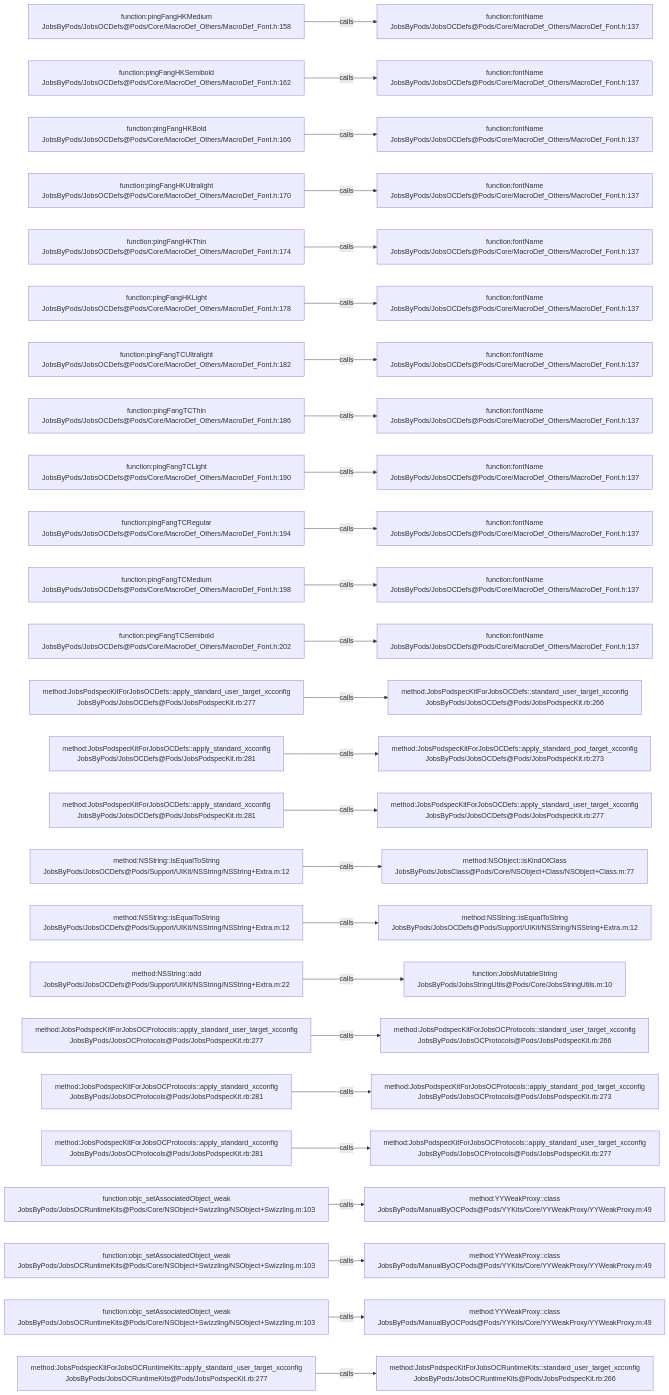
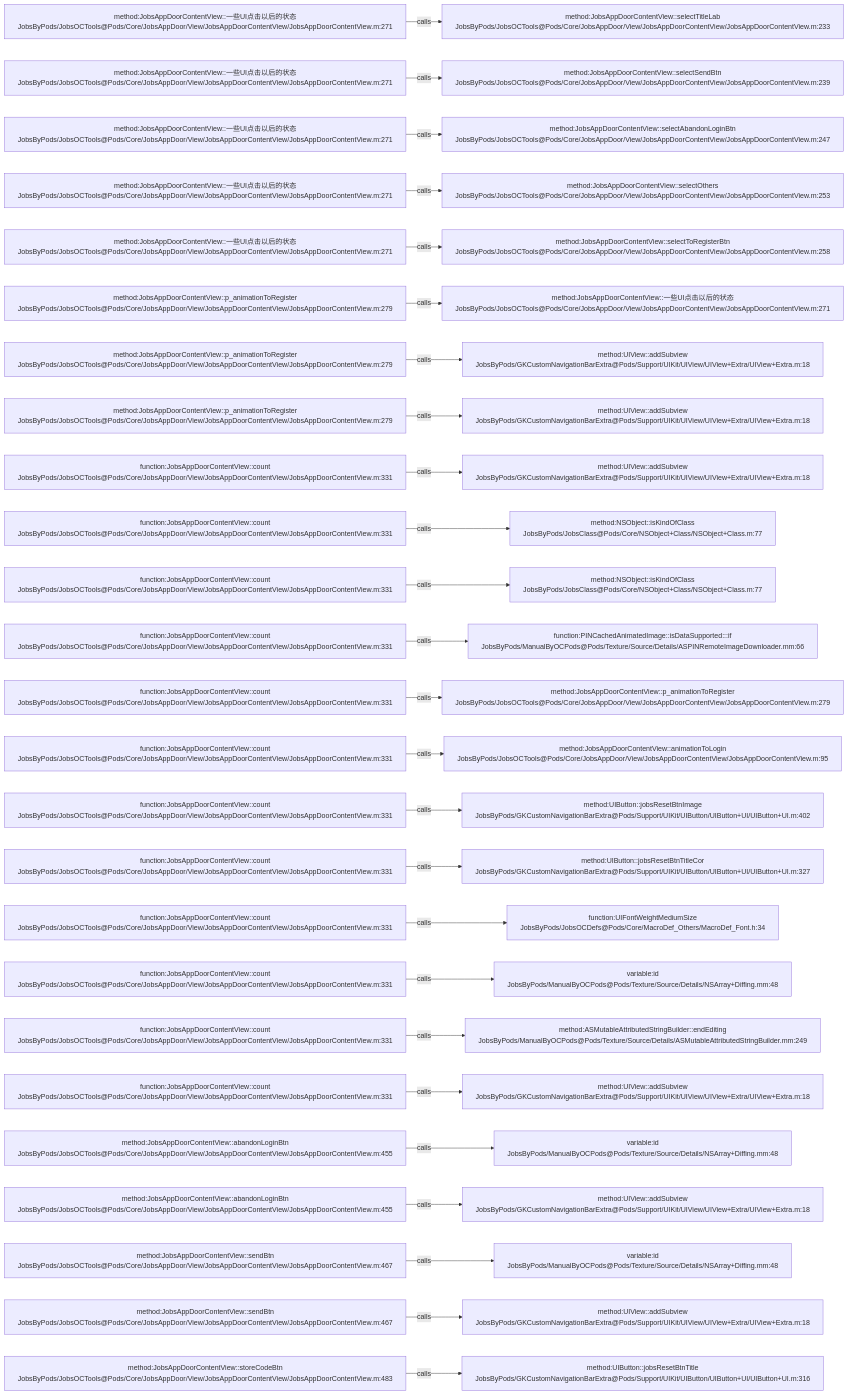
One commit to JobsKits/JobsOCBaseConfigDemo changed the diagram in .codegraph/codegraph.md/graphs/calls-143.md. Above: the diagram before and after it, drawn with Mermaid. The commit also changed 639 other files, not shown here.

````diff
--- a/.codegraph/codegraph.md/graphs/calls-143.md
+++ b/.codegraph/codegraph.md/graphs/calls-143.md
@@ -13,78 +13,78 @@
 ```mermaid
 flowchart LR
-  S1["function:pingFangHKMedium<br/>JobsByPods/JobsOCDefs@Pods/Core/MacroDef_Others/MacroDef_Font.h:158"]
-  T1["function:fontName<br/>JobsByPods/JobsOCDefs@Pods/Core/MacroDef_Others/MacroDef_Font.h:137"]
+  S1["method:JobsAppDoorContentView::一些UI点击以后的状态<br/>JobsByPods/JobsOCTools@Pods/Core/JobsAppDoor/View/JobsAppDoorContentView/JobsAppDoorContentView.m:271"]
+  T1["method:JobsAppDoorContentView::selectTitleLab<br/>JobsByPods/JobsOCTools@Pods/Core/JobsAppDoor/View/JobsAppDoorContentView/JobsAppDoorContentView.m:233"]
   S1 -->|calls| T1
-  S2["function:pingFangHKSemibold<br/>JobsByPods/JobsOCDefs@Pods/Core/MacroDef_Others/MacroDef_Font.h:162"]
-  T2["function:fontName<br/>JobsByPods/JobsOCDefs@Pods/Core/MacroDef_Others/MacroDef_Font.h:137"]
+  S2["method:JobsAppDoorContentView::一些UI点击以后的状态<br/>JobsByPods/JobsOCTools@Pods/Core/JobsAppDoor/View/JobsAppDoorContentView/JobsAppDoorContentView.m:271"]
+  T2["method:JobsAppDoorContentView::selectSendBtn<br/>JobsByPods/JobsOCTools@Pods/Core/JobsAppDoor/View/JobsAppDoorContentView/JobsAppDoorContentView.m:239"]
   S2 -->|calls| T2
-  S3["function:pingFangHKBold<br/>JobsByPods/JobsOCDefs@Pods/Core/MacroDef_Others/MacroDef_Font.h:166"]
-  T3["function:fontName<br/>JobsByPods/JobsOCDefs@Pods/Core/MacroDef_Others/MacroDef_Font.h:137"]
+  S3["method:JobsAppDoorContentView::一些UI点击以后的状态<br/>JobsByPods/JobsOCTools@Pods/Core/JobsAppDoor/View/JobsAppDoorContentView/JobsAppDoorContentView.m:271"]
+  T3["method:JobsAppDoorContentView::selectAbandonLoginBtn<br/>JobsByPods/JobsOCTools@Pods/Core/JobsAppDoor/View/JobsAppDoorContentView/JobsAppDoorContentView.m:247"]
   S3 -->|calls| T3
-  S4["function:pingFangHKUltralight<br/>JobsByPods/JobsOCDefs@Pods/Core/MacroDef_Others/MacroDef_Font.h:170"]
-  T4["function:fontName<br/>JobsByPods/JobsOCDefs@Pods/Core/MacroDef_Others/MacroDef_Font.h:137"]
+  S4["method:JobsAppDoorContentView::一些UI点击以后的状态<br/>JobsByPods/JobsOCTools@Pods/Core/JobsAppDoor/View/JobsAppDoorContentView/JobsAppDoorContentView.m:271"]
+  T4["method:JobsAppDoorContentView::selectOthers<br/>JobsByPods/JobsOCTools@Pods/Core/JobsAppDoor/View/JobsAppDoorContentView/JobsAppDoorContentView.m:253"]
   S4 -->|calls| T4
-  S5["function:pingFangHKThin<br/>JobsByPods/JobsOCDefs@Pods/Core/MacroDef_Others/MacroDef_Font.h:174"]
-  T5["function:fontName<br/>JobsByPods/JobsOCDefs@Pods/Core/MacroDef_Others/MacroDef_Font.h:137"]
+  S5["method:JobsAppDoorContentView::一些UI点击以后的状态<br/>JobsByPods/JobsOCTools@Pods/Core/JobsAppDoor/View/JobsAppDoorContentView/JobsAppDoorContentView.m:271"]
+  T5["method:JobsAppDoorContentView::selectToRegisterBtn<br/>JobsByPods/JobsOCTools@Pods/Core/JobsAppDoor/View/JobsAppDoorContentView/JobsAppDoorContentView.m:258"]
   S5 -->|calls| T5
-  S6["function:pingFangHKLight<br/>JobsByPods/JobsOCDefs@Pods/Core/MacroDef_Others/MacroDef_Font.h:178"]
-  T6["function:fontName<br/>JobsByPods/JobsOCDefs@Pods/Core/MacroDef_Others/MacroDef_Font.h:137"]
+  S6["method:JobsAppDoorContentView::p_animationToRegister<br/>JobsByPods/JobsOCTools@Pods/Core/JobsAppDoor/View/JobsAppDoorContentView/JobsAppDoorContentView.m:279"]
+  T6["method:JobsAppDoorContentView::一些UI点击以后的状态<br/>JobsByPods/JobsOCTools@Pods/Core/JobsAppDoor/View/JobsAppDoorContentView/JobsAppDoorContentView.m:271"]
   S6 -->|calls| T6
-  S7["function:pingFangTCUltralight<br/>JobsByPods/JobsOCDefs@Pods/Core/MacroDef_Others/MacroDef_Font.h:182"]
-  T7["function:fontName<br/>JobsByPods/JobsOCDefs@Pods/Core/MacroDef_Others/MacroDef_Font.h:137"]
+  S7["method:JobsAppDoorContentView::p_animationToRegister<br/>JobsByPods/JobsOCTools@Pods/Core/JobsAppDoor/View/JobsAppDoorContentView/JobsAppDoorContentView.m:279"]
+  T7["method:UIView::addSubview<br/>JobsByPods/GKCustomNavigationBarExtra@Pods/Support/UIKit/UIView/UIView+Extra/UIView+Extra.m:18"]
   S7 -->|calls| T7
-  S8["function:pingFangTCThin<br/>JobsByPods/JobsOCDefs@Pods/Core/MacroDef_Others/MacroDef_Font.h:186"]
-  T8["function:fontName<br/>JobsByPods/JobsOCDefs@Pods/Core/MacroDef_Others/MacroDef_Font.h:137"]
+  S8["method:JobsAppDoorContentView::p_animationToRegister<br/>JobsByPods/JobsOCTools@Pods/Core/JobsAppDoor/View/JobsAppDoorContentView/JobsAppDoorContentView.m:279"]
+  T8["method:UIView::addSubview<br/>JobsByPods/GKCustomNavigationBarExtra@Pods/Support/UIKit/UIView/UIView+Extra/UIView+Extra.m:18"]
   S8 -->|calls| T8
-  S9["function:pingFangTCLight<br/>JobsByPods/JobsOCDefs@Pods/Core/MacroDef_Others/MacroDef_Font.h:190"]
-  T9["function:fontName<br/>JobsByPods/JobsOCDefs@Pods/Core/MacroDef_Others/MacroDef_Font.h:137"]
+  S9["function:JobsAppDoorContentView::count<br/>JobsByPods/JobsOCTools@Pods/Core/JobsAppDoor/View/JobsAppDoorContentView/JobsAppDoorContentView.m:331"]
+  T9["method:UIView::addSubview<br/>JobsByPods/GKCustomNavigationBarExtra@Pods/Support/UIKit/UIView/UIView+Extra/UIView+Extra.m:18"]
   S9 -->|calls| T9
-  S10["function:pingFangTCRegular<br/>JobsByPods/JobsOCDefs@Pods/Core/MacroDef_Others/MacroDef_Font.h:194"]
-  T10["function:fontName<br/>JobsByPods/JobsOCDefs@Pods/Core/MacroDef_Others/MacroDef_Font.h:137"]
+  S10["function:JobsAppDoorContentView::count<br/>JobsByPods/JobsOCTools@Pods/Core/JobsAppDoor/View/JobsAppDoorContentView/JobsAppDoorContentView.m:331"]
+  T10["method:NSObject::isKindOfClass<br/>JobsByPods/JobsClass@Pods/Core/NSObject+Class/NSObject+Class.m:77"]
   S10 -->|calls| T10
-  S11["function:pingFangTCMedium<br/>JobsByPods/JobsOCDefs@Pods/Core/MacroDef_Others/MacroDef_Font.h:198"]
-  T11["function:fontName<br/>JobsByPods/JobsOCDefs@Pods/Core/MacroDef_Others/MacroDef_Font.h:137"]
+  S11["function:JobsAppDoorContentView::count<br/>JobsByPods/JobsOCTools@Pods/Core/JobsAppDoor/View/JobsAppDoorContentView/JobsAppDoorContentView.m:331"]
+  T11["method:NSObject::isKindOfClass<br/>JobsByPods/JobsClass@Pods/Core/NSObject+Class/NSObject+Class.m:77"]
   S11 -->|calls| T11
-  S12["function:pingFangTCSemibold<br/>JobsByPods/JobsOCDefs@Pods/Core/MacroDef_Others/MacroDef_Font.h:202"]
-  T12["function:fontName<br/>JobsByPods/JobsOCDefs@Pods/Core/MacroDef_Others/MacroDef_Font.h:137"]
+  S12["function:JobsAppDoorContentView::count<br/>JobsByPods/JobsOCTools@Pods/Core/JobsAppDoor/View/JobsAppDoorContentView/JobsAppDoorContentView.m:331"]
+  T12["function:PINCachedAnimatedImage::isDataSupported:::if<br/>JobsByPods/ManualByOCPods@Pods/Texture/Source/Details/ASPINRemoteImageDownloader.mm:66"]
   S12 -->|calls| T12
-  S13["method:JobsPodspecKitForJobsOCDefs::apply_standard_user_target_xcconfig<br/>JobsByPods/JobsOCDefs@Pods/JobsPodspecKit.rb:277"]
-  T13["method:JobsPodspecKitForJobsOCDefs::standard_user_target_xcconfig<br/>JobsByPods/JobsOCDefs@Pods/JobsPodspecKit.rb:266"]
+  S13["function:JobsAppDoorContentView::count<br/>JobsByPods/JobsOCTools@Pods/Core/JobsAppDoor/View/JobsAppDoorContentView/JobsAppDoorContentView.m:331"]
+  T13["method:JobsAppDoorContentView::p_animationToRegister<br/>JobsByPods/JobsOCTools@Pods/Core/JobsAppDoor/View/JobsAppDoorContentView/JobsAppDoorContentView.m:279"]
   S13 -->|calls| T13
-  S14["method:JobsPodspecKitForJobsOCDefs::apply_standard_xcconfig<br/>JobsByPods/JobsOCDefs@Pods/JobsPodspecKit.rb:281"]
-  T14["method:JobsPodspecKitForJobsOCDefs::apply_standard_pod_target_xcconfig<br/>JobsByPods/JobsOCDefs@Pods/JobsPodspecKit.rb:273"]
+  S14["function:JobsAppDoorContentView::count<br/>JobsByPods/JobsOCTools@Pods/Core/JobsAppDoor/View/JobsAppDoorContentView/JobsAppDoorContentView.m:331"]
+  T14["method:JobsAppDoorContentView::animationToLogin<br/>JobsByPods/JobsOCTools@Pods/Core/JobsAppDoor/View/JobsAppDoorContentView/JobsAppDoorContentView.m:95"]
   S14 -->|calls| T14
-  S15["method:JobsPodspecKitForJobsOCDefs::apply_standard_xcconfig<br/>JobsByPods/JobsOCDefs@Pods/JobsPodspecKit.rb:281"]
-  T15["method:JobsPodspecKitForJobsOCDefs::apply_standard_user_target_xcconfig<br/>JobsByPods/JobsOCDefs@Pods/JobsPodspecKit.rb:277"]
+  S15["function:JobsAppDoorContentView::count<br/>JobsByPods/JobsOCTools@Pods/Core/JobsAppDoor/View/JobsAppDoorContentView/JobsAppDoorContentView.m:331"]
+  T15["method:UIButton::jobsResetBtnImage<br/>JobsByPods/GKCustomNavigationBarExtra@Pods/Support/UIKit/UIButton/UIButton+UI/UIButton+UI.m:402"]
   S15 -->|calls| T15
-  S16["method:NSString::isEqualToString<br/>JobsByPods/JobsOCDefs@Pods/Support/UIKit/NSString/NSString+Extra.m:12"]
-  T16["method:NSObject::isKindOfClass<br/>JobsByPods/JobsClass@Pods/Core/NSObject+Class/NSObject+Class.m:77"]
+  S16["function:JobsAppDoorContentView::count<br/>JobsByPods/JobsOCTools@Pods/Core/JobsAppDoor/View/JobsAppDoorContentView/JobsAppDoorContentView.m:331"]
+  T16["method:UIButton::jobsResetBtnTitleCor<br/>JobsByPods/GKCustomNavigationBarExtra@Pods/Support/UIKit/UIButton/UIButton+UI/UIButton+UI.m:327"]
   S16 -->|calls| T16
-  S17["method:NSString::isEqualToString<br/>JobsByPods/JobsOCDefs@Pods/Support/UIKit/NSString/NSString+Extra.m:12"]
-  T17["method:NSString::isEqualToString<br/>JobsByPods/JobsOCDefs@Pods/Support/UIKit/NSString/NSString+Extra.m:12"]
+  S17["function:JobsAppDoorContentView::count<br/>JobsByPods/JobsOCTools@Pods/Core/JobsAppDoor/View/JobsAppDoorContentView/JobsAppDoorContentView.m:331"]
+  T17["function:UIFontWeightMediumSize<br/>JobsByPods/JobsOCDefs@Pods/Core/MacroDef_Others/MacroDef_Font.h:34"]
   S17 -->|calls| T17
-  S18["method:NSString::add<br/>JobsByPods/JobsOCDefs@Pods/Support/UIKit/NSString/NSString+Extra.m:22"]
-  T18["function:JobsMutableString<br/>JobsByPods/JobsStringUtils@Pods/Core/JobsStringUtils.m:10"]
+  S18["function:JobsAppDoorContentView::count<br/>JobsByPods/JobsOCTools@Pods/Core/JobsAppDoor/View/JobsAppDoorContentView/JobsAppDoorContentView.m:331"]
+  T18["variable:id<br/>JobsByPods/ManualByOCPods@Pods/Texture/Source/Details/NSArray+Diffing.mm:48"]
   S18 -->|calls| T18
-  S19["method:JobsPodspecKitForJobsOCProtocols::apply_standard_user_target_xcconfig<br/>JobsByPods/JobsOCProtocols@Pods/JobsPodspecKit.rb:277"]
-  T19["method:JobsPodspecKitForJobsOCProtocols::standard_user_target_xcconfig<br/>JobsByPods/JobsOCProtocols@Pods/JobsPodspecKit.rb:266"]
+  S19["function:JobsAppDoorContentView::count<br/>JobsByPods/JobsOCTools@Pods/Core/JobsAppDoor/View/JobsAppDoorContentView/JobsAppDoorContentView.m:331"]
+  T19["method:ASMutableAttributedStringBuilder::endEditing<br/>JobsByPods/ManualByOCPods@Pods/Texture/Source/Details/ASMutableAttributedStringBuilder.mm:249"]
   S19 -->|calls| T19
-  S20["method:JobsPodspecKitForJobsOCProtocols::apply_standard_xcconfig<br/>JobsByPods/JobsOCProtocols@Pods/JobsPodspecKit.rb:281"]
-  T20["method:JobsPodspecKitForJobsOCProtocols::apply_standard_pod_target_xcconfig<br/>JobsByPods/JobsOCProtocols@Pods/JobsPodspecKit.rb:273"]
+  S20["function:JobsAppDoorContentView::count<br/>JobsByPods/JobsOCTools@Pods/Core/JobsAppDoor/View/JobsAppDoorContentView/JobsAppDoorContentView.m:331"]
+  T20["method:UIView::addSubview<br/>JobsByPods/GKCustomNavigationBarExtra@Pods/Support/UIKit/UIView/UIView+Extra/UIView+Extra.m:18"]
   S20 -->|calls| T20
-  S21["method:JobsPodspecKitForJobsOCProtocols::apply_standard_xcconfig<br/>JobsByPods/JobsOCProtocols@Pods/JobsPodspecKit.rb:281"]
-  T21["method:JobsPodspecKitForJobsOCProtocols::apply_standard_user_target_xcconfig<br/>JobsByPods/JobsOCProtocols@Pods/JobsPodspecKit.rb:277"]
+  S21["method:JobsAppDoorContentView::abandonLoginBtn<br/>JobsByPods/JobsOCTools@Pods/Core/JobsAppDoor/View/JobsAppDoorContentView/JobsAppDoorContentView.m:455"]
+  T21["variable:id<br/>JobsByPods/ManualByOCPods@Pods/Texture/Source/Details/NSArray+Diffing.mm:48"]
   S21 -->|calls| T21
-  S22["function:objc_setAssociatedObject_weak<br/>JobsByPods/JobsOCRuntimeKits@Pods/Core/NSObject+Swizzling/NSObject+Swizzling.m:103"]
-  T22["method:YYWeakProxy::class<br/>JobsByPods/ManualByOCPods@Pods/YYKits/Core/YYWeakProxy/YYWeakProxy.m:49"]
+  S22["method:JobsAppDoorContentView::abandonLoginBtn<br/>JobsByPods/JobsOCTools@Pods/Core/JobsAppDoor/View/JobsAppDoorContentView/JobsAppDoorContentView.m:455"]
+  T22["method:UIView::addSubview<br/>JobsByPods/GKCustomNavigationBarExtra@Pods/Support/UIKit/UIView/UIView+Extra/UIView+Extra.m:18"]
   S22 -->|calls| T22
-  S23["function:objc_setAssociatedObject_weak<br/>JobsByPods/JobsOCRuntimeKits@Pods/Core/NSObject+Swizzling/NSObject+Swizzling.m:103"]
-  T23["method:YYWeakProxy::class<br/>JobsByPods/ManualByOCPods@Pods/YYKits/Core/YYWeakProxy/YYWeakProxy.m:49"]
+  S23["method:JobsAppDoorContentView::sendBtn<br/>JobsByPods/JobsOCTools@Pods/Core/JobsAppDoor/View/JobsAppDoorContentView/JobsAppDoorContentView.m:467"]
+  T23["variable:id<br/>JobsByPods/ManualByOCPods@Pods/Texture/Source/Details/NSArray+Diffing.mm:48"]
   S23 -->|calls| T23
-  S24["function:objc_setAssociatedObject_weak<br/>JobsByPods/JobsOCRuntimeKits@Pods/Core/NSObject+Swizzling/NSObject+Swizzling.m:103"]
-  T24["method:YYWeakProxy::class<br/>JobsByPods/ManualByOCPods@Pods/YYKits/Core/YYWeakProxy/YYWeakProxy.m:49"]
+  S24["method:JobsAppDoorContentView::sendBtn<br/>JobsByPods/JobsOCTools@Pods/Core/JobsAppDoor/View/JobsAppDoorContentView/JobsAppDoorContentView.m:467"]
+  T24["method:UIView::addSubview<br/>JobsByPods/GKCustomNavigationBarExtra@Pods/Support/UIKit/UIView/UIView+Extra/UIView+Extra.m:18"]
   S24 -->|calls| T24
-  S25["method:JobsPodspecKitForJobsOCRuntimeKits::apply_standard_user_target_xcconfig<br/>JobsByPods/JobsOCRuntimeKits@Pods/JobsPodspecKit.rb:277"]
-  T25["method:JobsPodspecKitForJobsOCRuntimeKits::standard_user_target_xcconfig<br/>JobsByPods/JobsOCRuntimeKits@Pods/JobsPodspecKit.rb:266"]
+  S25["method:JobsAppDoorContentView::storeCodeBtn<br/>JobsByPods/JobsOCTools@Pods/Core/JobsAppDoor/View/JobsAppDoorContentView/JobsAppDoorContentView.m:483"]
+  T25["method:UIButton::jobsResetBtnTitle<br/>JobsByPods/GKCustomNavigationBarExtra@Pods/Support/UIKit/UIButton/UIButton+UI/UIButton+UI.m:316"]
   S25 -->|calls| T25
 ```
````
